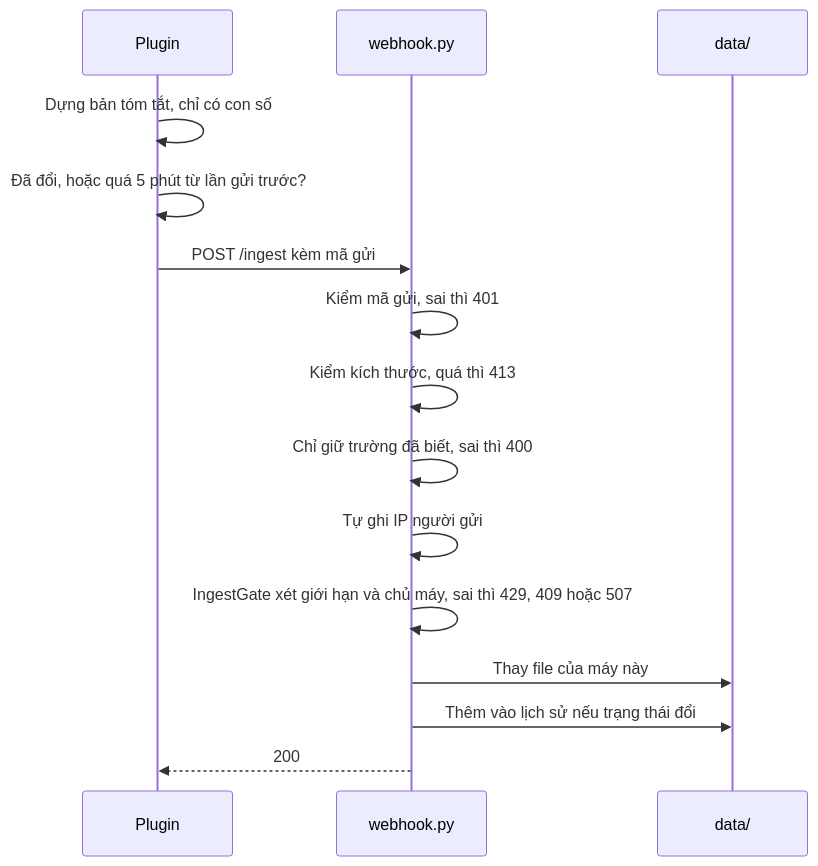
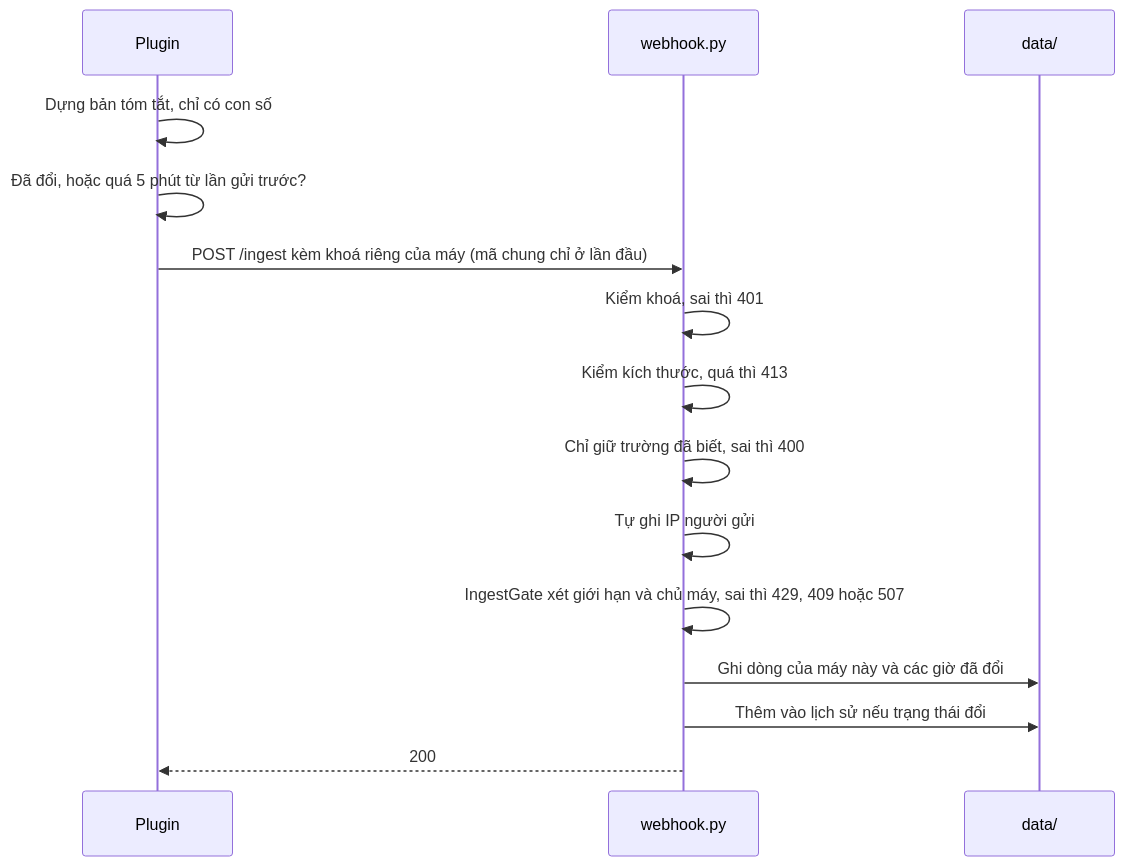
Before and after one commit to anhle9x/ai-worker: the second of 13 diagrams in docs/ARCHITECTURE.vi.md, drawn with Mermaid. The commit also changed other lines of this file and 48 other files, not shown here.

````diff
--- a/docs/ARCHITECTURE.vi.md
+++ b/docs/ARCHITECTURE.vi.md
@@ -177,17 +182,17 @@
 ```mermaid
 sequenceDiagram
   participant P as Plugin
   participant W as webhook.py
   participant D as data/
   P->>P: Dựng bản tóm tắt, chỉ có con số
   P->>P: Đã đổi, hoặc quá 5 phút từ lần gửi trước?
-  P->>W: POST /ingest kèm mã gửi
-  W->>W: Kiểm mã gửi, sai thì 401
+  P->>W: POST /ingest kèm khoá riêng của máy (mã chung chỉ ở lần đầu)
+  W->>W: Kiểm khoá, sai thì 401
   W->>W: Kiểm kích thước, quá thì 413
   W->>W: Chỉ giữ trường đã biết, sai thì 400
   W->>W: Tự ghi IP người gửi
   W->>W: IngestGate xét giới hạn và chủ máy, sai thì 429, 409 hoặc 507
-  W->>D: Thay file của máy này
+  W->>D: Ghi dòng của máy này và các giờ đã đổi
   W->>D: Thêm vào lịch sử nếu trạng thái đổi
   W-->>P: 200
 ```
````
